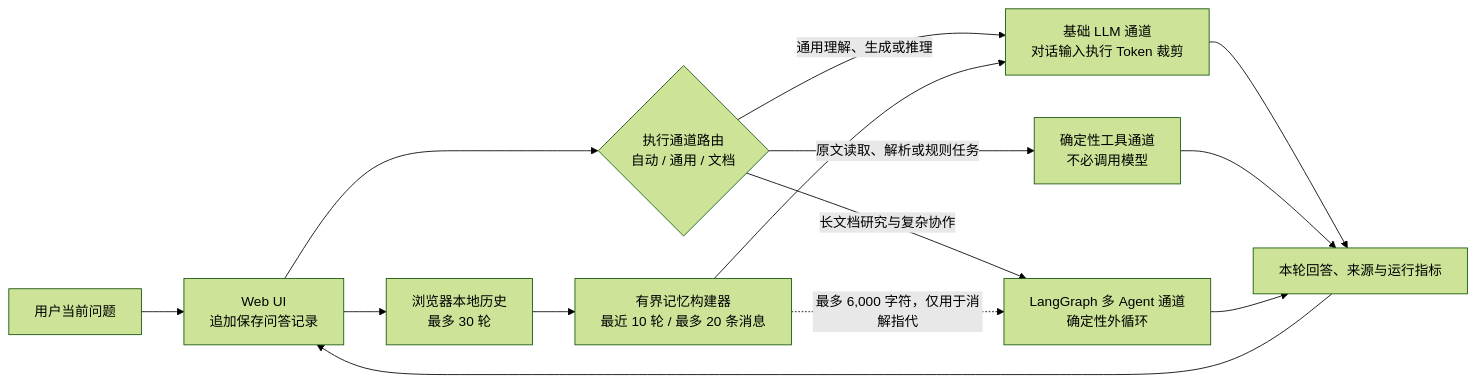
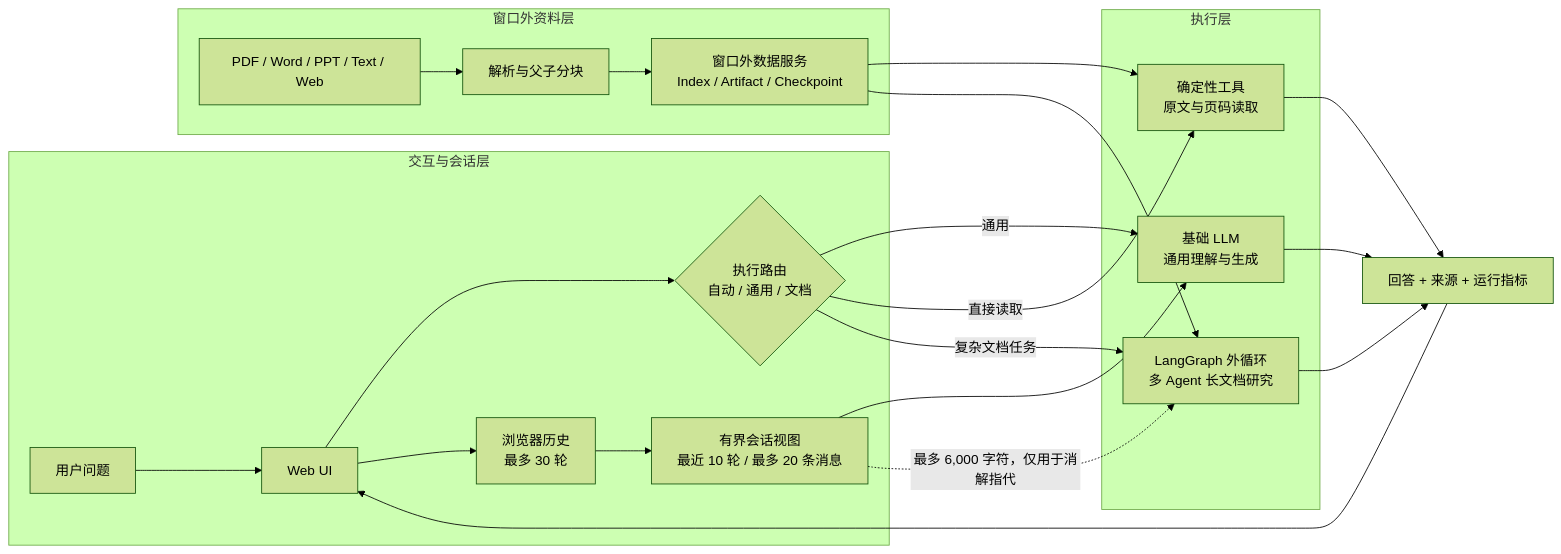
One commit to chilingche1111-blip/Muti-agent changed the first of 2 diagrams in README.md. Above: the diagram before and after it, drawn with Mermaid (forest theme). The commit also changed other lines of this file, not shown here.

Commit message:
Improve README architecture diagrams

````diff
--- a/README.md
+++ b/README.md
@@ -58,18 +58,33 @@
 ```mermaid
 flowchart LR
-    U["用户当前问题"] --> UI["Web UI\n追加保存问答记录"]
-    UI --> R{"执行通道路由\n自动 / 通用 / 文档"}
-    UI --> H["浏览器本地历史\n最多 30 轮"]
-    H --> C["有界记忆构建器\n最近 10 轮 / 最多 20 条消息"]
+    subgraph I["交互与会话层"]
+        Q["用户问题"] --> UI["Web UI"]
+        UI --> ROUTE{"执行路由\n自动 / 通用 / 文档"}
+        UI --> HISTORY["浏览器历史\n最多 30 轮"]
+        HISTORY --> MEMORY["有界会话视图\n最近 10 轮 / 最多 20 条消息"]
+    end
 
-    R -->|"通用理解、生成或推理"| B["基础 LLM 通道\n对话输入执行 Token 裁剪"]
-    R -->|"原文读取、解析或规则任务"| T["确定性工具通道\n不必调用模型"]
-    R -->|"长文档研究与复杂协作"| M["LangGraph 多 Agent 通道\n确定性外循环"]
-    C --> B
-    C -. "最多 6,000 字符，仅用于消解指代" .-> M
+    subgraph E["执行层"]
+        DIRECT["基础 LLM\n通用理解与生成"]
+        TOOL["确定性工具\n原文与页码读取"]
+        GRAPH["LangGraph 外循环\n多 Agent 长文档研究"]
+    end
 
-    B --> O["本轮回答、来源与运行指标"]
-    T --> O
-    M --> O
-    O --> UI
+    subgraph X["窗口外资料层"]
+        SOURCE["PDF / Word / PPT / Text / Web"] --> PARSE["解析与父子分块"]
+        PARSE --> INDEX["窗口外数据服务\nIndex / Artifact / Checkpoint"]
+    end
+
+    ROUTE -->|"通用"| DIRECT
+    ROUTE -->|"直接读取"| TOOL
+    ROUTE -->|"复杂文档任务"| GRAPH
+    MEMORY --> DIRECT
+    MEMORY -. "最多 6,000 字符，仅用于消解指代" .-> GRAPH
+    INDEX --> TOOL
+    INDEX --> GRAPH
+
+    DIRECT --> ANSWER["回答 + 来源 + 运行指标"]
+    TOOL --> ANSWER
+    GRAPH --> ANSWER
+    ANSWER --> UI
 ```
````
